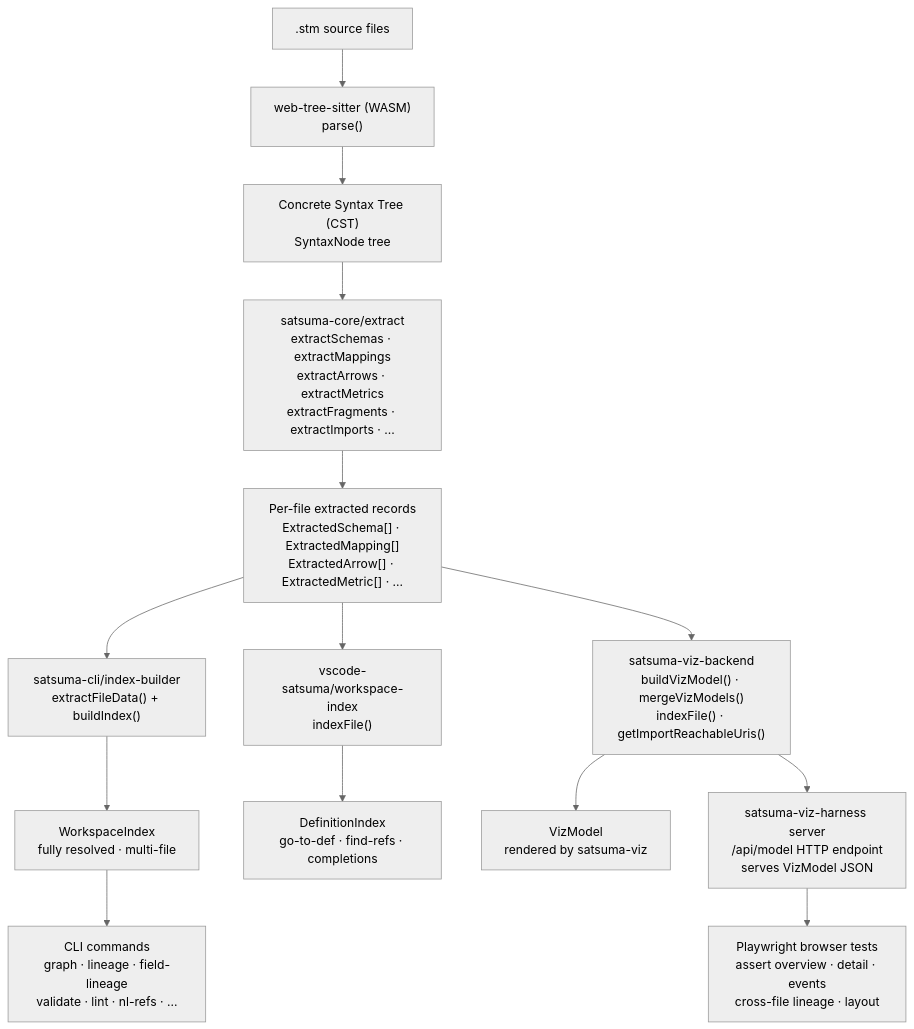
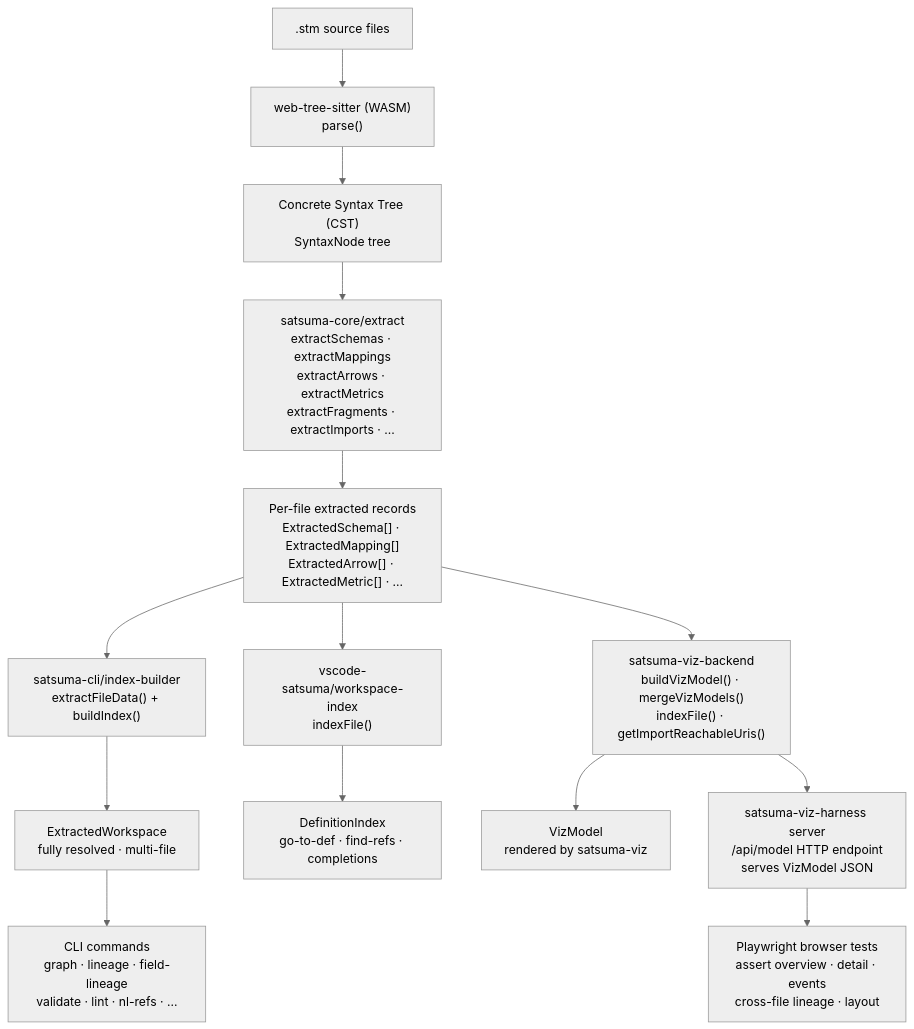
The second of 4 diagrams in docs/developer/ARCHITECTURE.md (thorbenlouw/satsuma-lang), drawn with Mermaid (neutral theme) before and after one commit. The commit also changed other lines of this file and 1 other file, not shown here.

````diff
--- a/docs/developer/ARCHITECTURE.md
+++ b/docs/developer/ARCHITECTURE.md
@@ -59,25 +59,25 @@
 ```mermaid
 flowchart TD
   SRC[".stm source files"]
   PARSE["web-tree-sitter (WASM)\nparse()"]
   CST["Concrete Syntax Tree (CST)\nSyntaxNode tree"]
   EXTRACT["satsuma-core/extract\nextractSchemas · extractMappings\nextractArrows · extractMetrics\nextractFragments · extractImports · …"]
   RECORDS["Per-file extracted records\nExtractedSchema[] · ExtractedMapping[]\nExtractedArrow[] · ExtractedMetric[] · …"]
 
   IDXB["satsuma-cli/index-builder\nextractFileData() + buildIndex()"]
-  WI["WorkspaceIndex\nfully resolved · multi-file"]
+  WI["ExtractedWorkspace\nfully resolved · multi-file"]
   CMDS["CLI commands\ngraph · lineage · field-lineage\nvalidate · lint · nl-refs · …"]
 
   WSIDX["vscode-satsuma/workspace-index\nindexFile()"]
   DEFIDX["DefinitionIndex\ngo-to-def · find-refs · completions"]
   VIZB["satsuma-viz-backend\nbuildVizModel() · mergeVizModels()\nindexFile() · getImportReachableUris()"]
   VIZM["VizModel\nrendered by satsuma-viz"]
   HARNESS["satsuma-viz-harness server\n/api/model HTTP endpoint\nserves VizModel JSON"]
   PLAYWRIGHT["Playwright browser tests\nassert overview · detail · events\ncross-file lineage · layout"]
 
   SRC --> PARSE --> CST --> EXTRACT --> RECORDS
   RECORDS --> IDXB --> WI --> CMDS
   RECORDS --> WSIDX --> DEFIDX
   RECORDS --> VIZB --> VIZM
   VIZB --> HARNESS --> PLAYWRIGHT
 ```
````
